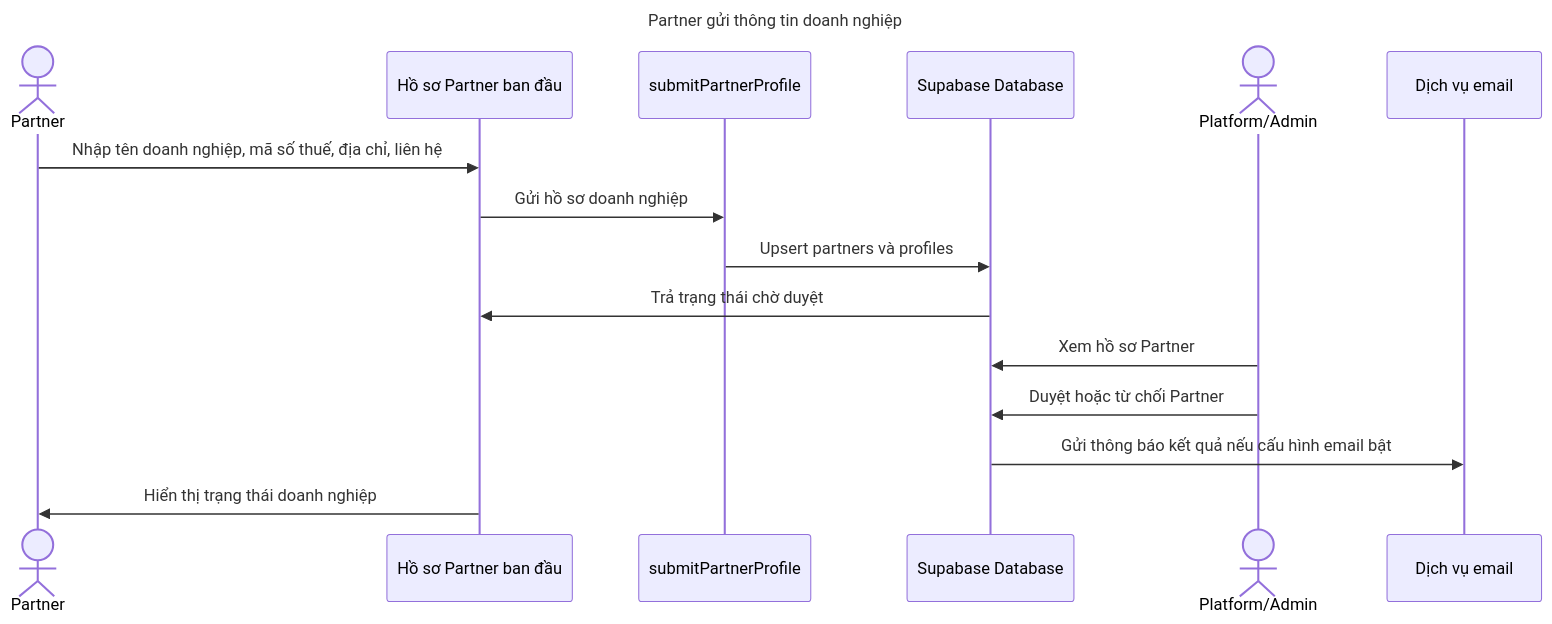
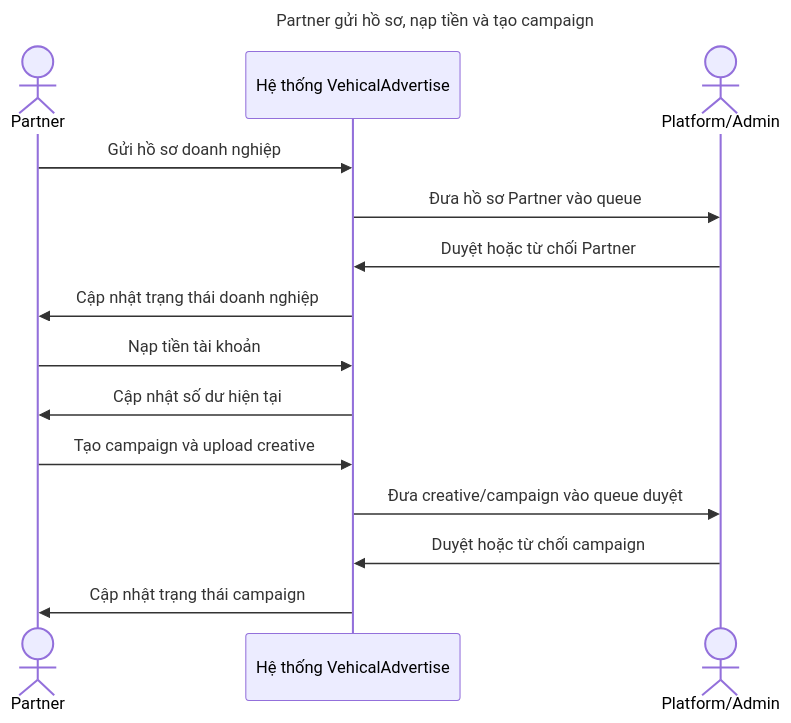
Before and after one commit to kjasng/VehicalAdvertise: the fifth of 8 diagrams in docs/sequence-usecases.md, drawn with Mermaid. The commit also changed other lines of this file and 14 other files, not shown here.

````diff
--- a/docs/sequence-usecases.md
+++ b/docs/sequence-usecases.md
@@ -359,18 +102,17 @@
 ```mermaid
 sequenceDiagram
-    title Partner gửi thông tin doanh nghiệp
-    actor Partner as Partner
-    participant PartnerUI as Hồ sơ Partner ban đầu
-    participant Action as submitPartnerProfile
-    participant DB as Supabase Database
-    actor Admin as Platform/Admin
-    participant Email as Dịch vụ email
-    Partner->>PartnerUI: Nhập tên doanh nghiệp, mã số thuế, địa chỉ, liên hệ
-    PartnerUI->>Action: Gửi hồ sơ doanh nghiệp
-    Action->>DB: Upsert partners và profiles
-    DB->>PartnerUI: Trả trạng thái chờ duyệt
-    Admin->>DB: Xem hồ sơ Partner
-    Admin->>DB: Duyệt hoặc từ chối Partner
-    DB->>Email: Gửi thông báo kết quả nếu cấu hình email bật
-    PartnerUI->>Partner: Hiển thị trạng thái doanh nghiệp
+    title Partner gửi hồ sơ, nạp tiền và tạo campaign
+    actor P1 as Partner
+    participant P2 as Hệ thống VehicalAdvertise
+    actor P3 as Platform/Admin
+    P1->>P2: Gửi hồ sơ doanh nghiệp
+    P2->>P3: Đưa hồ sơ Partner vào queue
+    P3->>P2: Duyệt hoặc từ chối Partner
+    P2->>P1: Cập nhật trạng thái doanh nghiệp
+    P1->>P2: Nạp tiền tài khoản
+    P2->>P1: Cập nhật số dư hiện tại
+    P1->>P2: Tạo campaign và upload creative
+    P2->>P3: Đưa creative/campaign vào queue duyệt
+    P3->>P2: Duyệt hoặc từ chối campaign
+    P2->>P1: Cập nhật trạng thái campaign
 ```
````
